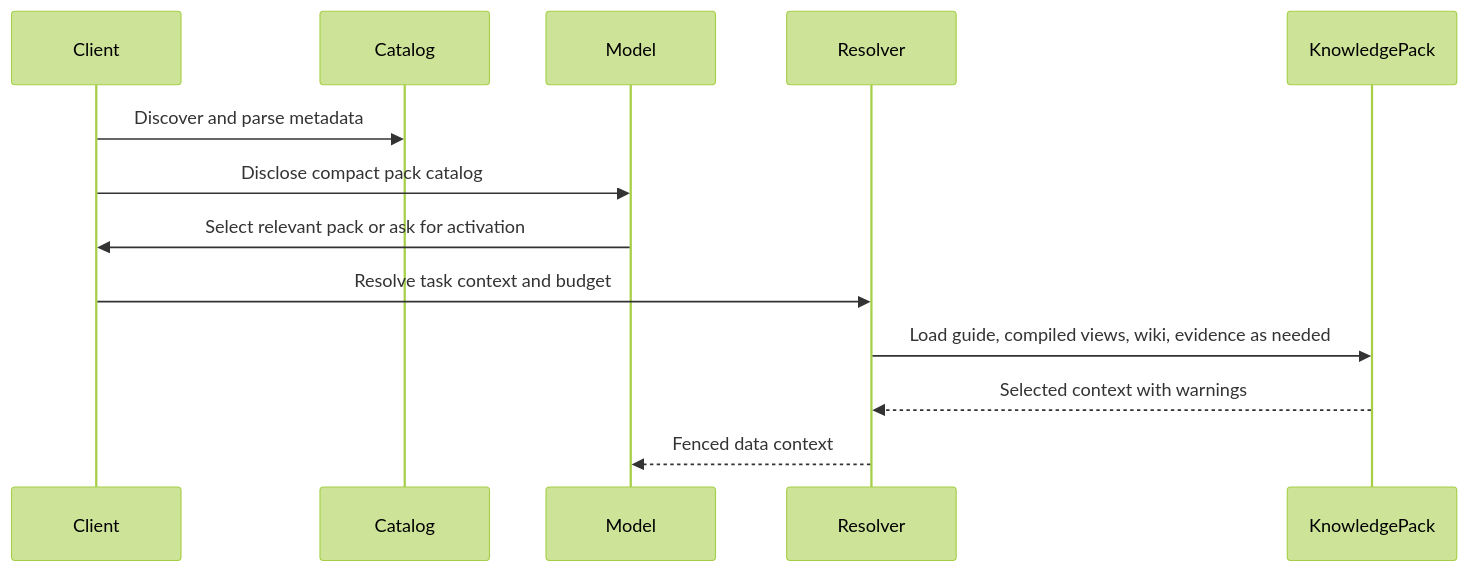
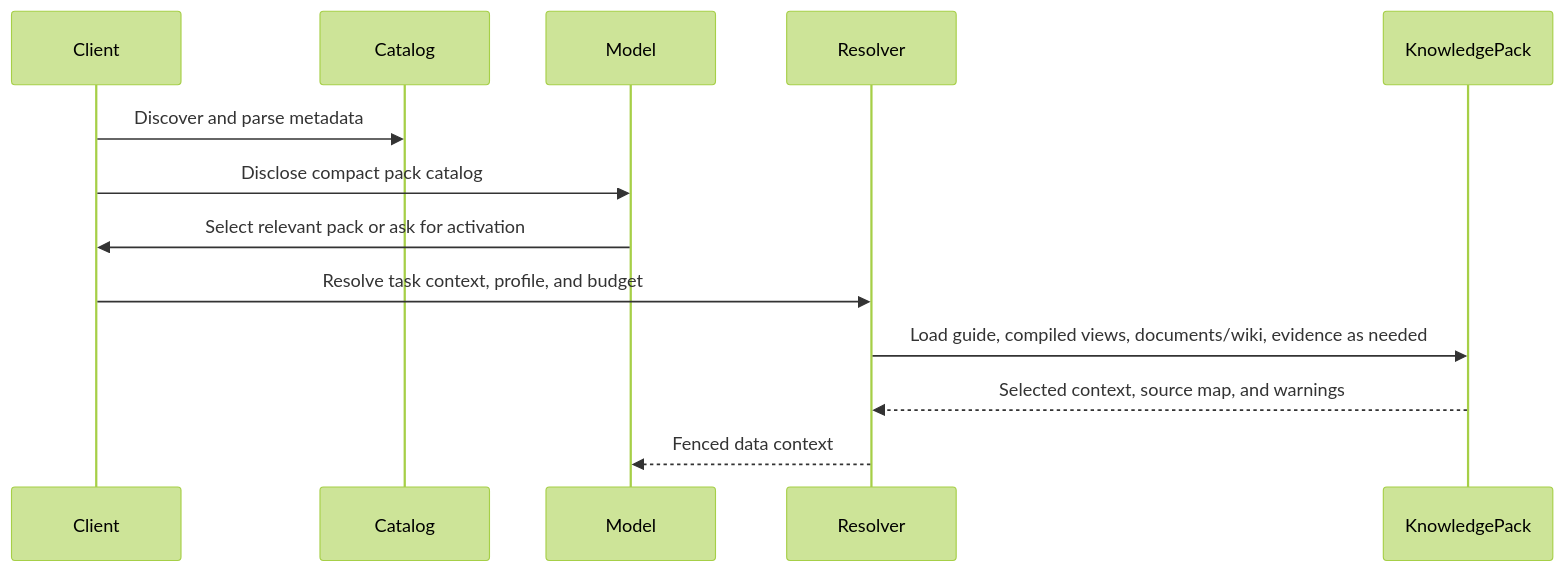
One commit to limecloud/agentknowledge changed the diagram in docs/en/client-implementation/adding-support.md. Above: the diagram before and after it, drawn with Mermaid (forest theme). The commit also changed other lines of this file and 60 other files, not shown here.

````diff
--- a/docs/en/client-implementation/adding-support.md
+++ b/docs/en/client-implementation/adding-support.md
@@ -19,16 +19,16 @@
 ```mermaid
 sequenceDiagram
   participant Client
   participant Catalog
   participant Model
   participant Resolver
   participant Pack as KnowledgePack
 
   Client->>Catalog: Discover and parse metadata
   Client->>Model: Disclose compact pack catalog
   Model->>Client: Select relevant pack or ask for activation
-  Client->>Resolver: Resolve task context and budget
-  Resolver->>Pack: Load guide, compiled views, wiki, evidence as needed
-  Pack-->>Resolver: Selected context with warnings
+  Client->>Resolver: Resolve task context, profile, and budget
+  Resolver->>Pack: Load guide, compiled views, documents/wiki, evidence as needed
+  Pack-->>Resolver: Selected context, source map, and warnings
   Resolver-->>Model: Fenced data context
 ```
````
